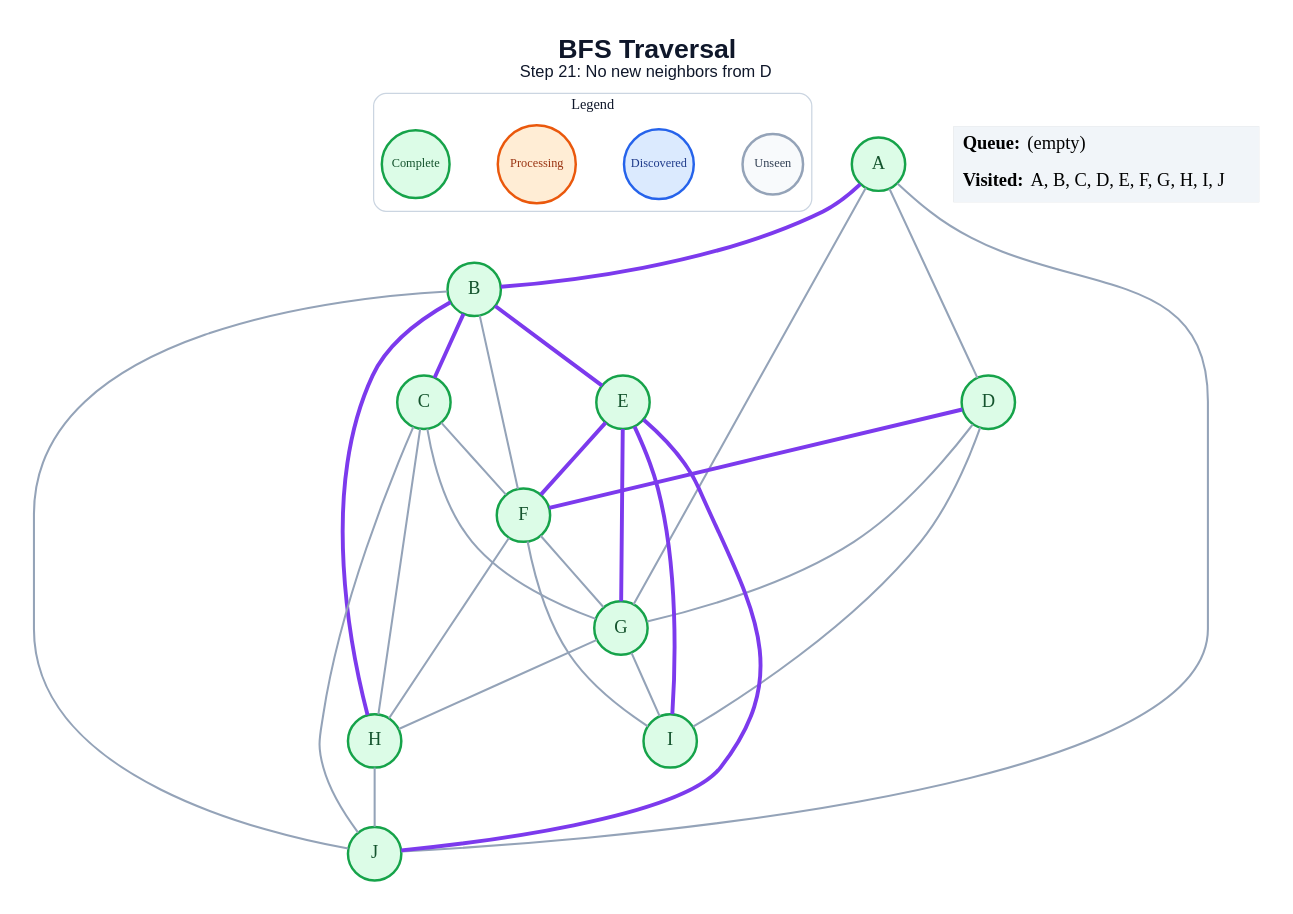
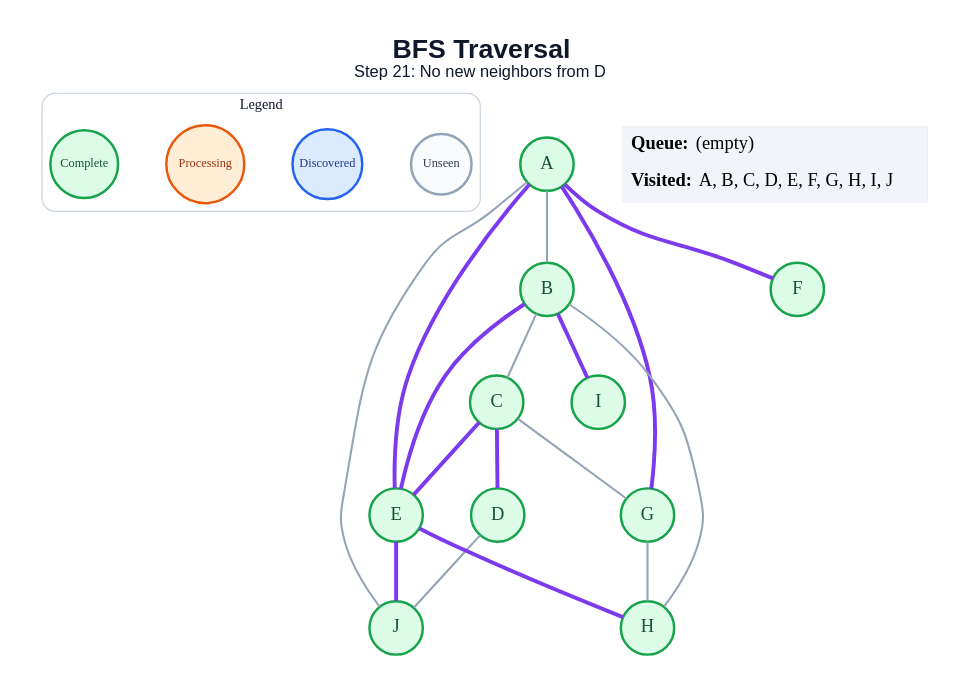
The diagram in generated/specific-node/bfs/step_21.dot (anon7238593-create/ai-slop), drawn with Graphviz before and after one commit. The commit also changed 171 other files, not shown here.

```diff
--- a/generated/specific-node/bfs/step_21.dot
+++ b/generated/specific-node/bfs/step_21.dot
@@ -1,55 +1,45 @@
 graph traversal {
   graph [layout=dot, rankdir=TB, bgcolor="#FFFFFF", pad="0.35", nodesep="0.65", ranksep="0.8", fontname="Arial"];
   node [shape=circle, style="filled", fontname="Arial Bold", fontsize=18, width=0.72, fixedsize=true, penwidth=2.4];
   edge [color="#94A3B8", penwidth=2.0];
   label=<<B>BFS Traversal</B><BR/><FONT POINT-SIZE="16">Step 21: No new neighbors from D</FONT>>; labelloc="t"; fontsize=26; fontname="Arial"; fontcolor="#0F172A";
   subgraph cluster_legend { label="Legend"; color="#CBD5E1"; penwidth=1.2; style="rounded"; fontsize=14; fontname="Arial Bold";
     key_unseen [label="Unseen", fillcolor="#F8FAFC", color="#94A3B8", fontcolor="#334155", fontsize=12, width=0.82];
     key_frontier [label="Discovered", fillcolor="#DBEAFE", color="#2563EB", fontcolor="#1E3A8A", fontsize=12, width=0.95];
     key_current [label="Processing", fillcolor="#FFEDD5", color="#EA580C", fontcolor="#9A3412", fontsize=12, width=1.05];
     key_done [label="Complete", fillcolor="#DCFCE7", color="#16A34A", fontcolor="#14532D", fontsize=12, width=0.92];
     { rank=same; key_unseen; key_frontier; key_current; key_done; }
   }
   A [fillcolor="#DCFCE7", color="#16A34A", fontcolor="#14532D"];
   B [fillcolor="#DCFCE7", color="#16A34A", fontcolor="#14532D"];
   C [fillcolor="#DCFCE7", color="#16A34A", fontcolor="#14532D"];
   D [fillcolor="#DCFCE7", color="#16A34A", fontcolor="#14532D"];
   E [fillcolor="#DCFCE7", color="#16A34A", fontcolor="#14532D"];
   F [fillcolor="#DCFCE7", color="#16A34A", fontcolor="#14532D"];
   G [fillcolor="#DCFCE7", color="#16A34A", fontcolor="#14532D"];
   H [fillcolor="#DCFCE7", color="#16A34A", fontcolor="#14532D"];
   I [fillcolor="#DCFCE7", color="#16A34A", fontcolor="#14532D"];
   J [fillcolor="#DCFCE7", color="#16A34A", fontcolor="#14532D"];
-  A -- B [color="#7C3AED", penwidth=3.8];
-  A -- D;
-  A -- G;
+  A -- B;
+  A -- E [color="#7C3AED", penwidth=3.8];
+  A -- F [color="#7C3AED", penwidth=3.8];
+  A -- G [color="#7C3AED", penwidth=3.8];
   A -- J;
-  B -- C [color="#7C3AED", penwidth=3.8];
+  B -- C;
   B -- E [color="#7C3AED", penwidth=3.8];
-  B -- F;
-  B -- H [color="#7C3AED", penwidth=3.8];
-  B -- J;
-  C -- F;
+  B -- H;
+  B -- I [color="#7C3AED", penwidth=3.8];
+  C -- D [color="#7C3AED", penwidth=3.8];
+  C -- E [color="#7C3AED", penwidth=3.8];
   C -- G;
-  C -- H;
-  C -- J;
-  D -- F [color="#7C3AED", penwidth=3.8];
-  D -- G;
-  D -- I;
-  E -- F [color="#7C3AED", penwidth=3.8];
-  E -- G [color="#7C3AED", penwidth=3.8];
-  E -- I [color="#7C3AED", penwidth=3.8];
+  D -- J;
+  E -- H [color="#7C3AED", penwidth=3.8];
   E -- J [color="#7C3AED", penwidth=3.8];
-  F -- G;
-  F -- H;
-  F -- I;
   G -- H;
-  G -- I;
-  H -- J;
   status [shape=plain, fixedsize=false, width=0, height=0, margin=0, label=<
     <TABLE BORDER="0" CELLBORDER="0" CELLPADDING="7" BGCOLOR="#F1F5F9">
       <TR><TD ALIGN="LEFT"><B>Queue:</B> (empty)</TD></TR>
       <TR><TD ALIGN="LEFT"><B>Visited:</B> A, B, C, D, E, F, G, H, I, J</TD></TR>
     </TABLE>
   >];
 }
```
